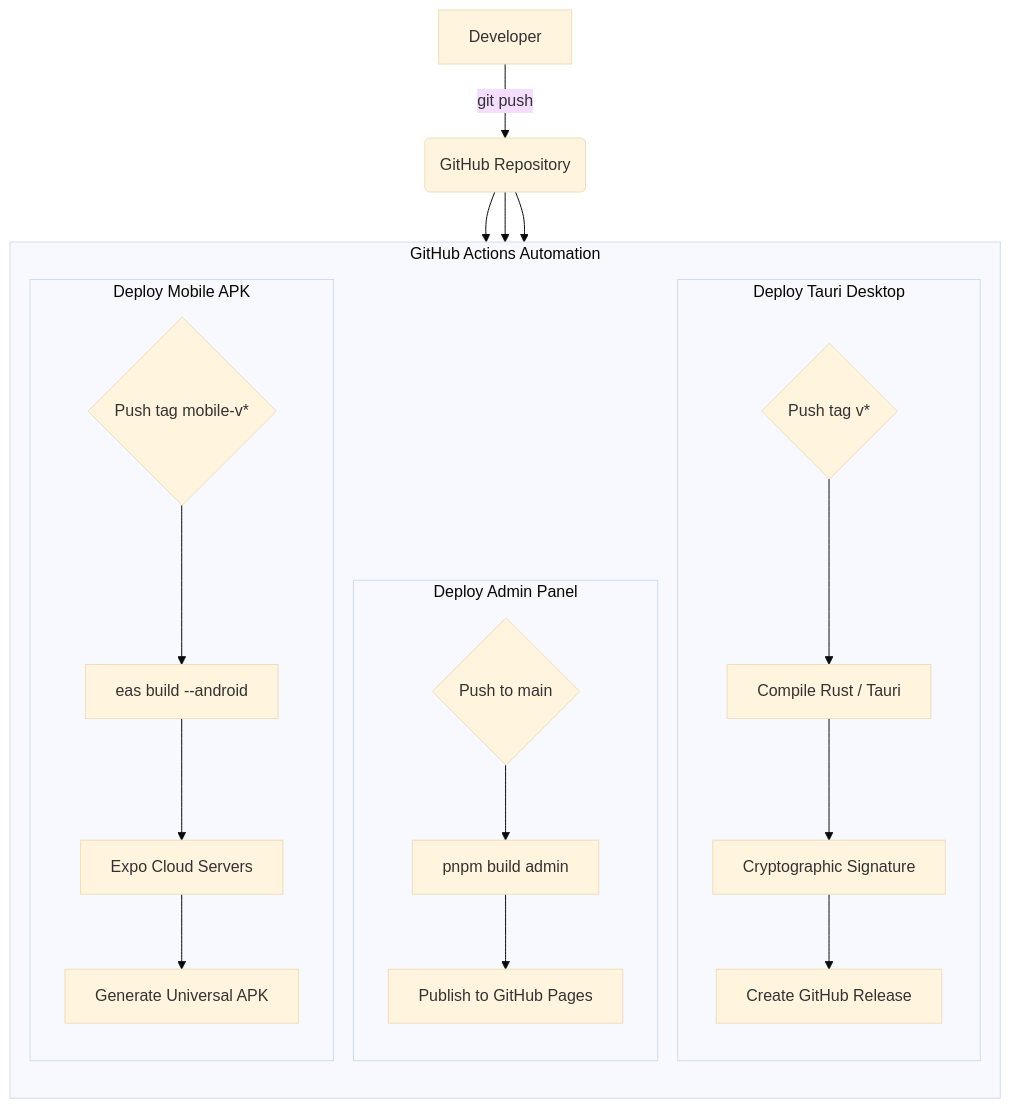
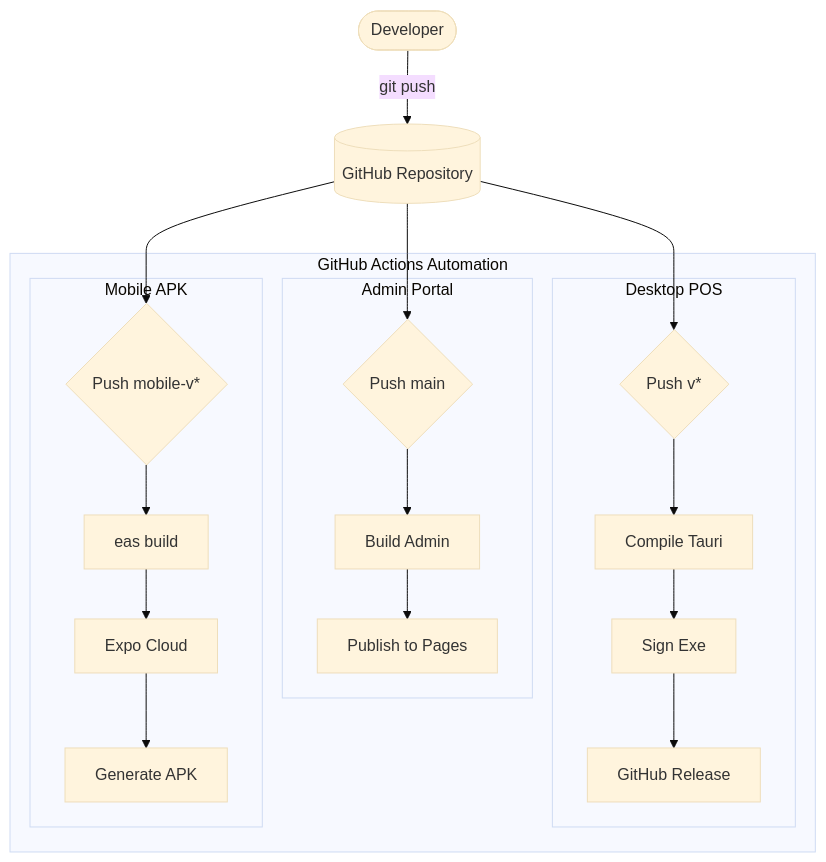
One commit to saimahmedqazi/POS changed the first of 2 diagrams in docs/WORKFLOWS.md. Above: the diagram before and after it, drawn with Mermaid (base theme). The commit also changed 1 other file, not shown here.

Commit message:
docs: refine mermaid diagram syntax for better compatibility

````diff
--- a/docs/WORKFLOWS.md
+++ b/docs/WORKFLOWS.md
@@ -9,46 +9,22 @@
 ```mermaid
 graph TD
-    Developer[Developer] -->|git push| GitHubRepo(GitHub Repository)
+    Developer([Developer]) -->|git push| Repo[(GitHub Repository)]
 
     subgraph CI [GitHub Actions Automation]
-        
-        %% Admin Pipeline
-        direction TB
-        subgraph AdminCI [Deploy Admin Panel]
-            Trigger1{Push to main}
-            BuildAdmin[pnpm build admin]
-            PublishPages[Publish to GitHub Pages]
-            
-            Trigger1 --> BuildAdmin
-            BuildAdmin --> PublishPages
+        subgraph AdminCI [Admin Portal]
+            T1{Push main} --> BA[Build Admin] --> PP[Publish to Pages]
         end
 
-        %% Desktop Pipeline
-        subgraph DesktopCI [Deploy Tauri Desktop]
-            Trigger2{Push tag v*}
-            BuildTauri[Compile Rust / Tauri]
-            SignExe[Cryptographic Signature]
-            ReleaseHub[Create GitHub Release]
-            
-            Trigger2 --> BuildTauri
-            BuildTauri --> SignExe
-            SignExe --> ReleaseHub
+        subgraph DesktopCI [Desktop POS]
+            T2{Push v*} --> BT[Compile Tauri] --> SE[Sign Exe] --> RH[GitHub Release]
         end
 
-        %% Mobile Pipeline
-        subgraph MobileCI [Deploy Mobile APK]
-            Trigger3{Push tag mobile-v*}
-            EASCLI[eas build --android]
-            ExpoCloud[Expo Cloud Servers]
-            OutputAPK[Generate Universal APK]
-            
-            Trigger3 --> EASCLI
-            EASCLI --> ExpoCloud
-            ExpoCloud --> OutputAPK
+        subgraph MobileCI [Mobile APK]
+            T3{Push mobile-v*} --> EAS[eas build] --> EC[Expo Cloud] --> OA[Generate APK]
         end
     end
-    
-    GitHubRepo --> Trigger1
-    GitHubRepo --> Trigger2
-    GitHubRepo --> Trigger3
+
+    Repo --> T1
+    Repo --> T2
+    Repo --> T3
 ```
````
